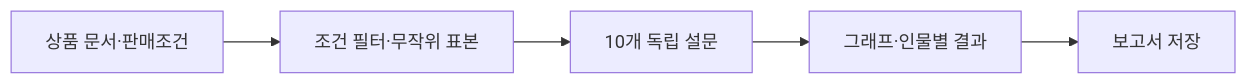
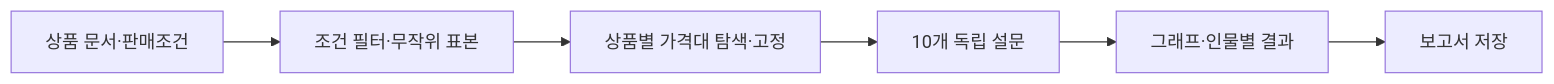
The first of 2 diagrams in README.md (KimEJ/persona-lab), drawn with Mermaid before and after one commit. The commit also changed other lines of this file and 37 other files, not shown here.

````diff
--- a/README.md
+++ b/README.md
@@ -3,7 +3,8 @@
 ```mermaid
 flowchart LR
     I["상품 문서·판매조건"] --> S["조건 필터·무작위 표본"]
-    S --> Q["10개 독립 설문"]
+    S --> P["상품별 가격대 탐색·고정"]
+    P --> Q["10개 독립 설문"]
     Q --> R["그래프·인물별 결과"]
     R --> E["보고서 저장"]
 ```
````
